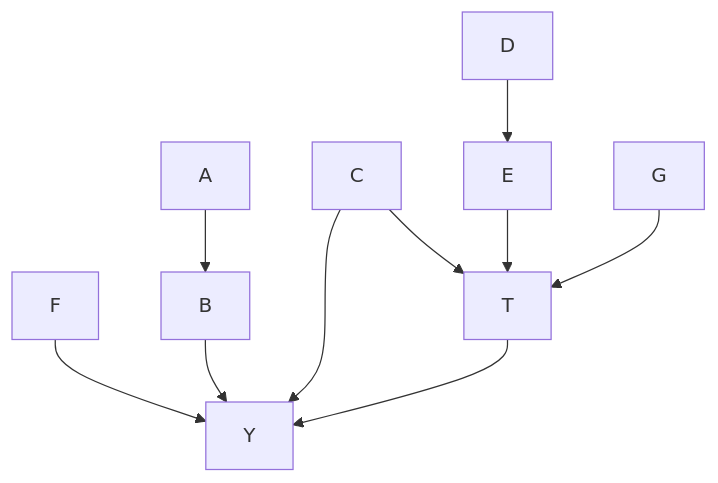
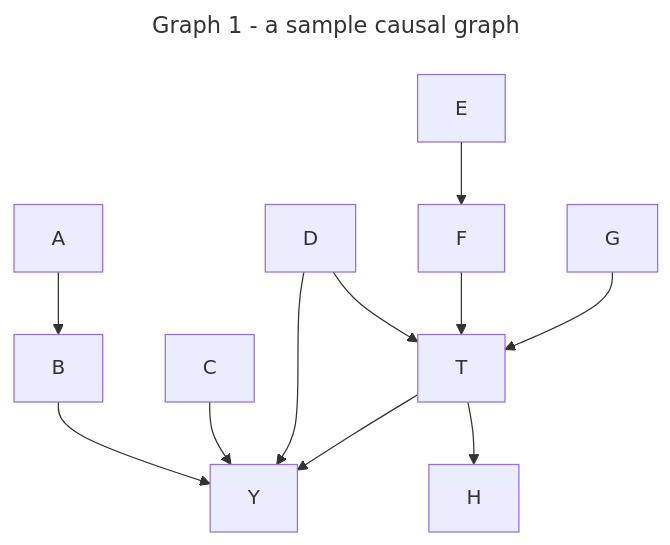
One commit to TVandrus/Hello-World-Showcase changed the second of 8 diagrams in Data_Science_concepts/causal-inference-via-machine-learning-condensed.md. Above: the diagram before and after it, drawn with Mermaid. The commit also changed other lines of this file and 2 other files, not shown here.

Commit message:
Causal Inference via ML notes

````diff
--- a/Data_Science_concepts/causal-inference-via-machine-learning-condensed.md
+++ b/Data_Science_concepts/causal-inference-via-machine-learning-condensed.md
@@ -26,12 +55,17 @@
 ```mermaid
-graph TD;
-    F-->Y
-    B-->Y
-    C-->Y
-    T-->Y
+---
+title: Graph 1 - a sample causal graph
+---
+graph TD; 
     A-->B 
-    D-->E
-    C-->T 
-    E-->T
-    G-->T
+    B-->Y 
+    C-->Y 
+    D-->Y 
+    T-->Y 
+    D-->T 
+    F-->T 
+    G-->T 
+    T-->H 
+    E-->F 
+    ;
 ```
````
